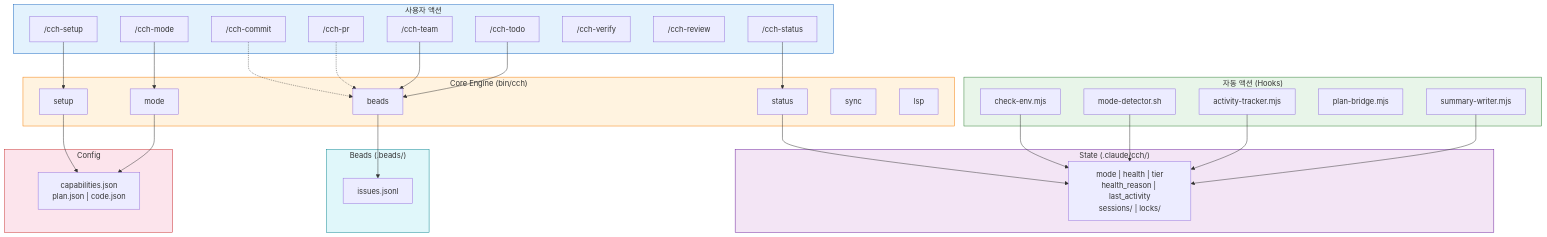
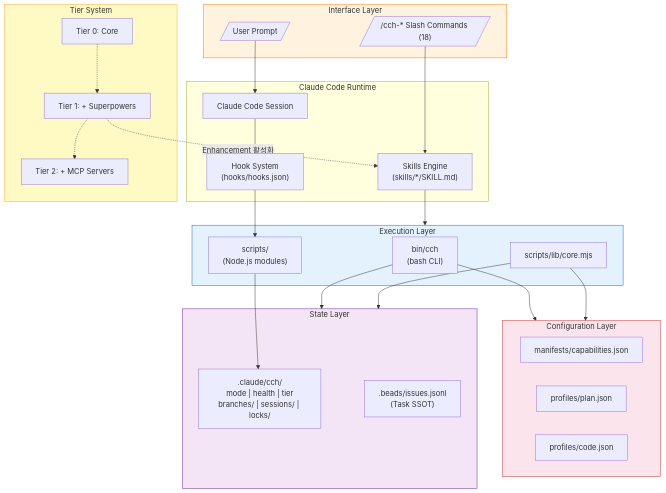
Diagram 17 of 18 in docs/diagrams/cch-workflows.md (skdkfk8758/claude-code-harness), drawn with Mermaid before and after one commit. The commit also changed other lines of this file and 10 other files, not shown here.

Commit message:
docs: add plan documents and diagrams from current session

````diff
--- a/docs/diagrams/cch-workflows.md
+++ b/docs/diagrams/cch-workflows.md
@@ -526,68 +795,56 @@
 ```mermaid
 graph TB
-    subgraph UserActions["사용자 액션"]
-        UA1["/cch-setup"]
-        UA2["/cch-mode"]
-        UA3["/cch-commit"]
-        UA4["/cch-pr"]
-        UA5["/cch-team"]
-        UA6["/cch-todo"]
-        UA7["/cch-verify"]
-        UA8["/cch-review"]
-        UA9["/cch-status"]
+    subgraph UserLayer["Interface Layer"]
+        USER[/"User Prompt"/]
+        SLASH[/"/cch-* Slash Commands (18)"/]
     end
 
-    subgraph AutoActions["자동 액션 (Hooks)"]
-        AA0["check-env.mjs"]
-        AA1["mode-detector.sh"]
-        AA2["activity-tracker.mjs"]
-        AA3["plan-bridge.mjs"]
-        AA4["summary-writer.mjs"]
+    subgraph Runtime["Claude Code Runtime"]
+        CC["Claude Code Session"]
+        HOOKS["Hook System<br/>(hooks/hooks.json)"]
+        SKILLS["Skills Engine<br/>(skills/*/SKILL.md)"]
     end
 
-    subgraph Engine["Core Engine (bin/cch)"]
-        ENG_SETUP["setup"]
-        ENG_MODE["mode"]
-        ENG_STATUS["status"]
-        ENG_BEADS["beads"]
-        ENG_SYNC["sync"]
-        ENG_LSP["lsp"]
+    subgraph Engine["Execution Layer"]
+        BIN["bin/cch<br/>(bash CLI)"]
+        SCRIPTS["scripts/<br/>(Node.js modules)"]
+        CORE["scripts/lib/core.mjs"]
     end
 
-    subgraph State["State (.claude/cch/)"]
-        ST["mode | health | tier<br/>health_reason | last_activity<br/>sessions/ | locks/"]
+    subgraph Config["Configuration Layer"]
+        CAP["manifests/capabilities.json"]
+        PROF_P["profiles/plan.json"]
+        PROF_C["profiles/code.json"]
     end
 
-    subgraph Beads["Beads (.beads/)"]
-        BD["issues.jsonl"]
+    subgraph State["State Layer"]
+        CCH_STATE[".claude/cch/<br/>mode | health | tier<br/>branches/ | sessions/ | locks/"]
+        BEADS[".beads/issues.jsonl<br/>(Task SSOT)"]
     end
 
-    subgraph Config["Config"]
-        CFG["capabilities.json<br/>plan.json | code.json"]
+    subgraph Tier["Tier System"]
+        T0["Tier 0: Core"]
+        T1["Tier 1: + Superpowers"]
+        T2["Tier 2: + MCP Servers"]
     end
 
-    UA1 --> ENG_SETUP
-    UA2 --> ENG_MODE
-    UA3 -.-> ENG_BEADS
-    UA4 -.-> ENG_BEADS
-    UA5 --> ENG_BEADS
-    UA6 --> ENG_BEADS
-    UA9 --> ENG_STATUS
+    USER --> CC
+    SLASH --> SKILLS
+    CC --> HOOKS
+    SKILLS --> Engine
+    HOOKS --> SCRIPTS
 
-    ENG_SETUP --> CFG
-    ENG_MODE --> CFG
-    ENG_STATUS --> ST
-    ENG_BEADS --> BD
+    BIN --> Config
+    BIN --> State
+    CORE --> Config & State
+    SCRIPTS --> CCH_STATE
 
-    AA0 --> ST
-    AA1 --> ST
-    AA2 --> ST
-    AA4 --> ST
+    T0 -.-> T1 -.-> T2
+    T1 -.->|"Enhancement 활성화"| SKILLS
 
-    style UserActions fill:#E3F2FD,stroke:#1565C0
-    style AutoActions fill:#E8F5E9,stroke:#2E7D32
-    style Engine fill:#FFF3E0,stroke:#F57C00
+    style UserLayer fill:#FFF3E0,stroke:#F57C00
+    style Engine fill:#E3F2FD,stroke:#1565C0
+    style Config fill:#FCE4EC,stroke:#C62828
     style State fill:#F3E5F5,stroke:#6A1B9A
-    style Beads fill:#E0F7FA,stroke:#00838F
-    style Config fill:#FCE4EC,stroke:#C62828
+    style Tier fill:#FFF9C4,stroke:#F9A825
 ```
````
